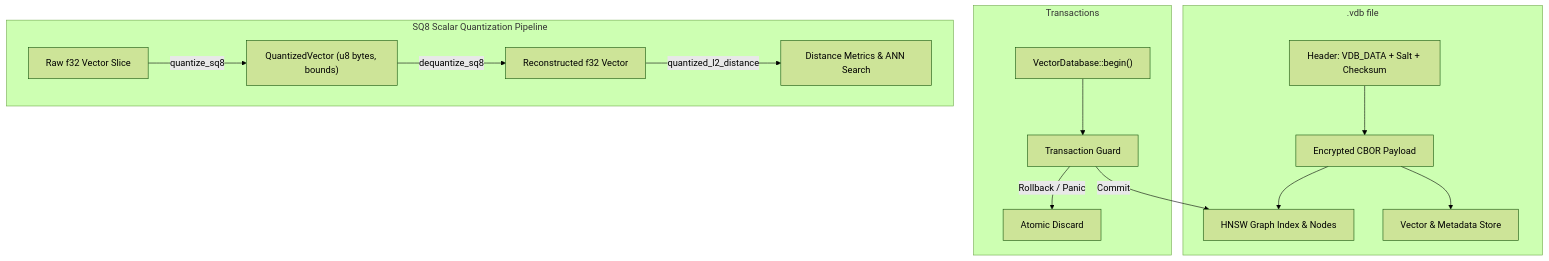
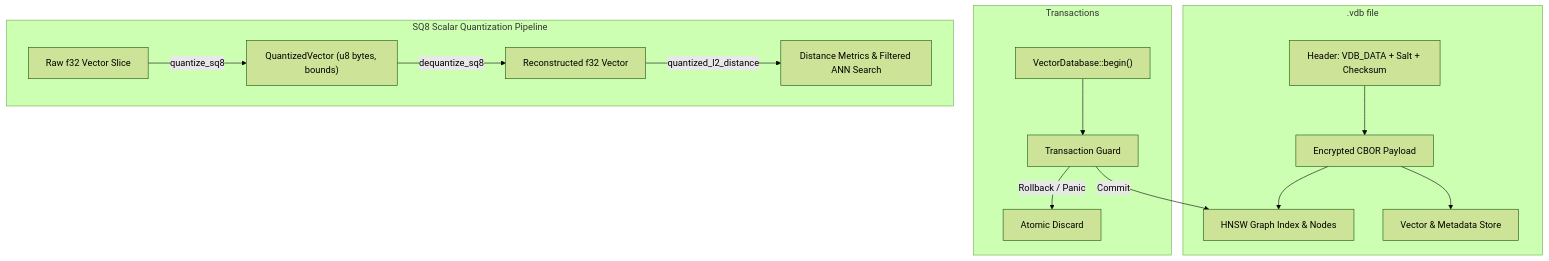
The third of 3 diagrams in README.md (steveSujo/orion), drawn with Mermaid (forest theme) before and after one commit. The commit also changed other lines of this file, not shown here.

````diff
--- a/README.md
+++ b/README.md
@@ -51,22 +47,20 @@
 ```mermaid
 graph TD
     subgraph Storage [".vdb file"]
         A["Header: VDB_DATA + Salt + Checksum"] --> B["Encrypted CBOR Payload"]
         B --> C["HNSW Graph Index & Nodes"]
         B --> D["Vector & Metadata Store"]
     end
 
     subgraph Transactions
         E["VectorDatabase::begin()"] --> F["Transaction Guard"]
         F -->|Commit| C
         F -->|Rollback / Panic| G["Atomic Discard"]
     end
 
     subgraph Quantization ["SQ8 Scalar Quantization Pipeline"]
         H["Raw f32 Vector Slice"] -->|"quantize_sq8"| I["QuantizedVector (u8 bytes, bounds)"]
         I -->|"dequantize_sq8"| J["Reconstructed f32 Vector"]
-        J -->|"quantized_l2_distance"| K["Distance Metrics & ANN Search"]
+        J -->|"quantized_l2_distance"| K["Distance Metrics & Filtered ANN Search"]
     end
-
-
 ```
````
